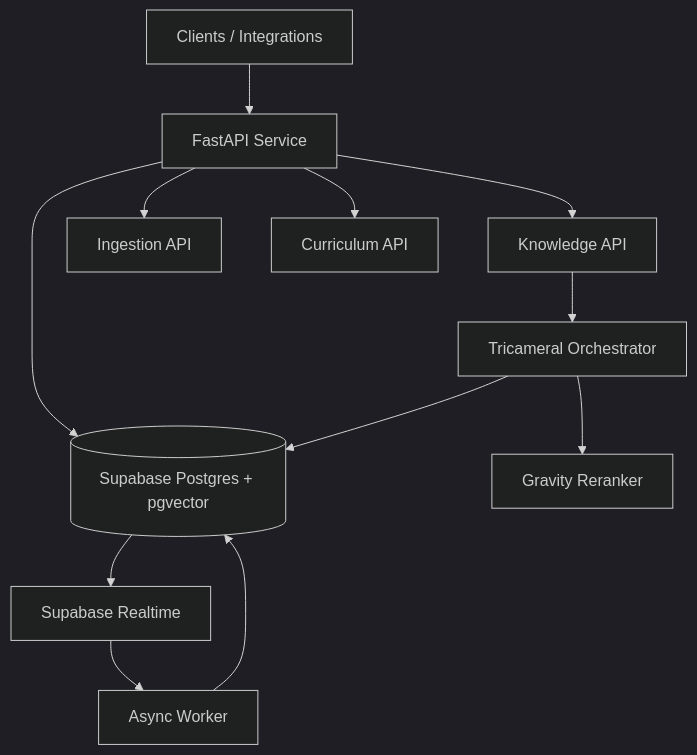
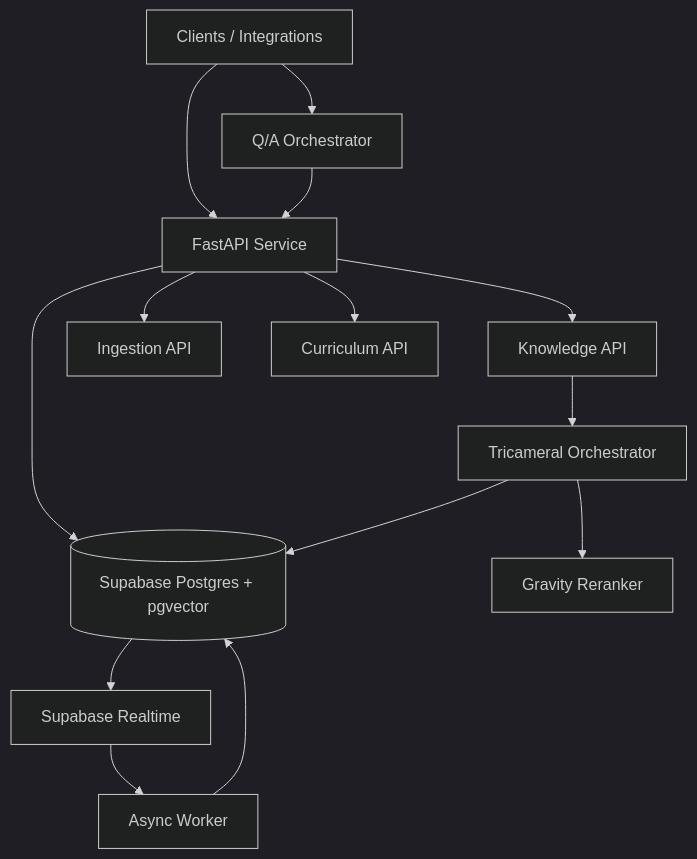
The third of 3 diagrams in rag-ingestion/docs/one-page-architecture.md (mcalza96/CIRE-RAG), drawn with Mermaid (dark theme) before and after one commit. The commit also changed other lines of this file and 43 other files, not shown here.

````diff
--- a/rag-ingestion/docs/one-page-architecture.md
+++ b/rag-ingestion/docs/one-page-architecture.md
@@ -54,16 +54,18 @@
 ```mermaid
 flowchart TD
     U[Clients / Integrations] --> API[FastAPI Service]
+    U --> QA[Q/A Orchestrator]
+    QA --> API
     API --> DB[(Supabase Postgres + pgvector)]
     DB --> RT[Supabase Realtime]
     RT --> W[Async Worker]
     W --> DB
 
     API --> K[Knowledge API]
     API --> I[Ingestion API]
     API --> C[Curriculum API]
 
     K --> O[Tricameral Orchestrator]
     O --> RR[Gravity Reranker]
     O --> DB
 ```
````
